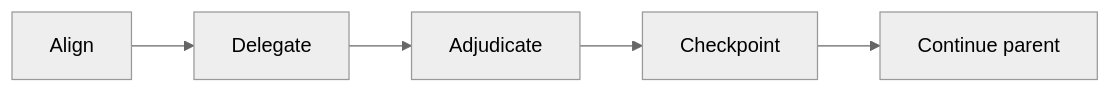
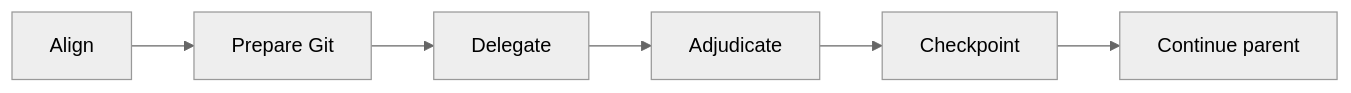
One commit to MP281X/ai-toolkit changed the diagram in .opencode/agents/primary.md. Above: the diagram before and after it, drawn with Mermaid (neutral theme). The commit also changed other lines of this file and 3 other files, not shown here.

````diff
--- a/.opencode/agents/primary.md
+++ b/.opencode/agents/primary.md
@@ -19,4 +19,4 @@
 ```mermaid
 flowchart LR
-	A[Align] --> D[Delegate] --> J[Adjudicate] --> C[Checkpoint] --> P[Continue parent]
+	A[Align] --> G[Prepare Git] --> D[Delegate] --> J[Adjudicate] --> C[Checkpoint] --> P[Continue parent]
 ```
````
